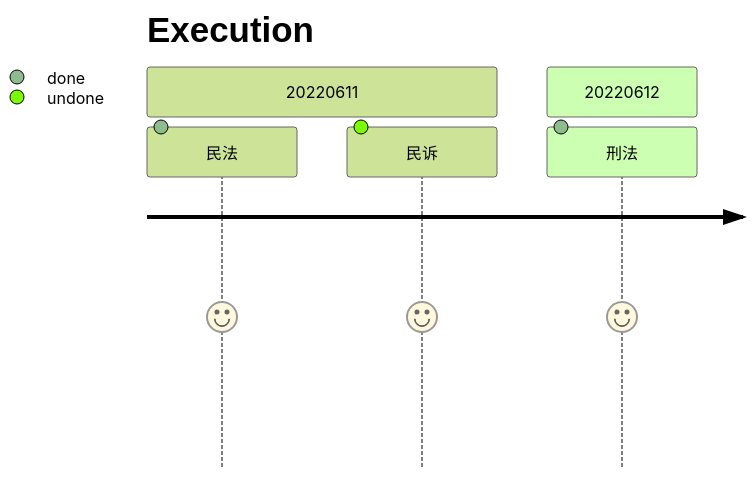
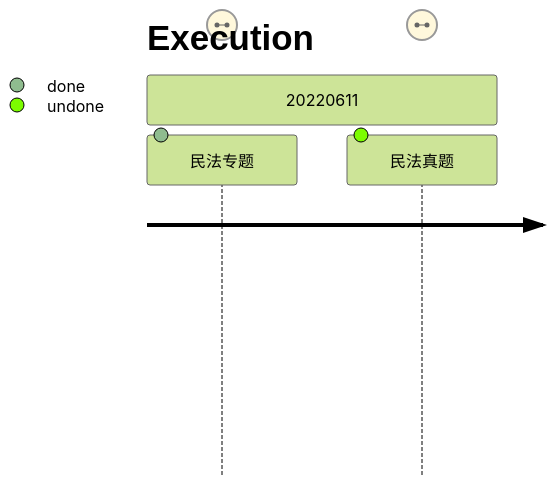
One commit to MInsYang/100dayQEforLP changed the second of 2 diagrams in index.md. Above: the diagram before and after it, drawn with Mermaid (forest theme). The commit also changed other lines of this file, not shown here.

````diff
--- a/index.md
+++ b/index.md
@@ -81,9 +81,7 @@
 ```mermaid
 journey
   title Execution
   section 20220611
-    民法    : 5:done
-    民诉    : 5:undone
-  section 20220612
-    刑法    : 5:done
+    民法专题    : 94/94:done
+    民法真题    : 40/61:undone
 ```
````
